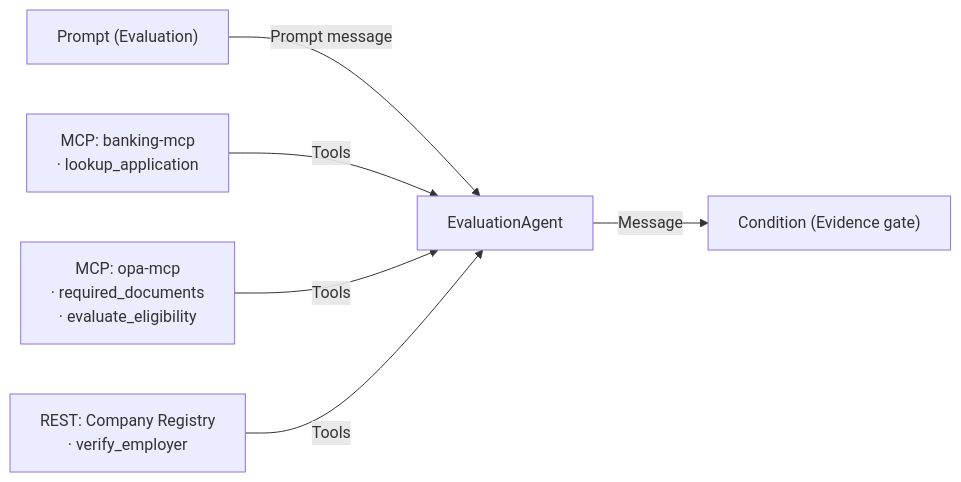
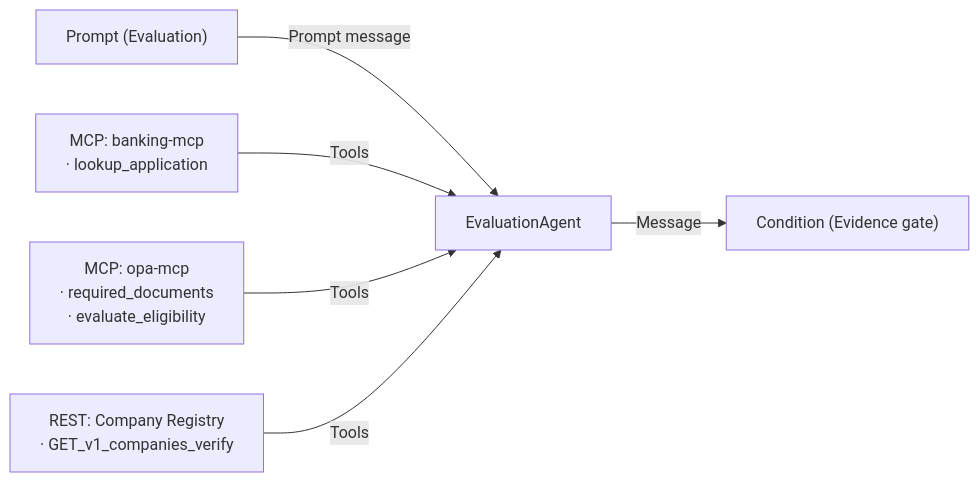
The second of 4 diagrams in paf/flows/CHAT_WORKFLOW.md (vmleon/oracle-database-private-agent-factory-poc), drawn with Mermaid before and after one commit. The commit also changed other lines of this file and 15 other files, not shown here.

````diff
--- a/paf/flows/CHAT_WORKFLOW.md
+++ b/paf/flows/CHAT_WORKFLOW.md
@@ -107,8 +107,8 @@
 ```mermaid
 flowchart LR
     P["Prompt (Evaluation)"] -->|Prompt message| EA
     BNK["MCP: banking-mcp<br/>· lookup_application"] -->|Tools| EA
     OPA["MCP: opa-mcp<br/>· required_documents<br/>· evaluate_eligibility"] -->|Tools| EA
-    REG["REST: Company Registry<br/>· verify_employer"] -->|Tools| EA["EvaluationAgent"]
+    REG["REST: Company Registry<br/>· GET_v1_companies_verify"] -->|Tools| EA["EvaluationAgent"]
     EA -->|Message| GATE["Condition (Evidence gate)"]
 ```
````
